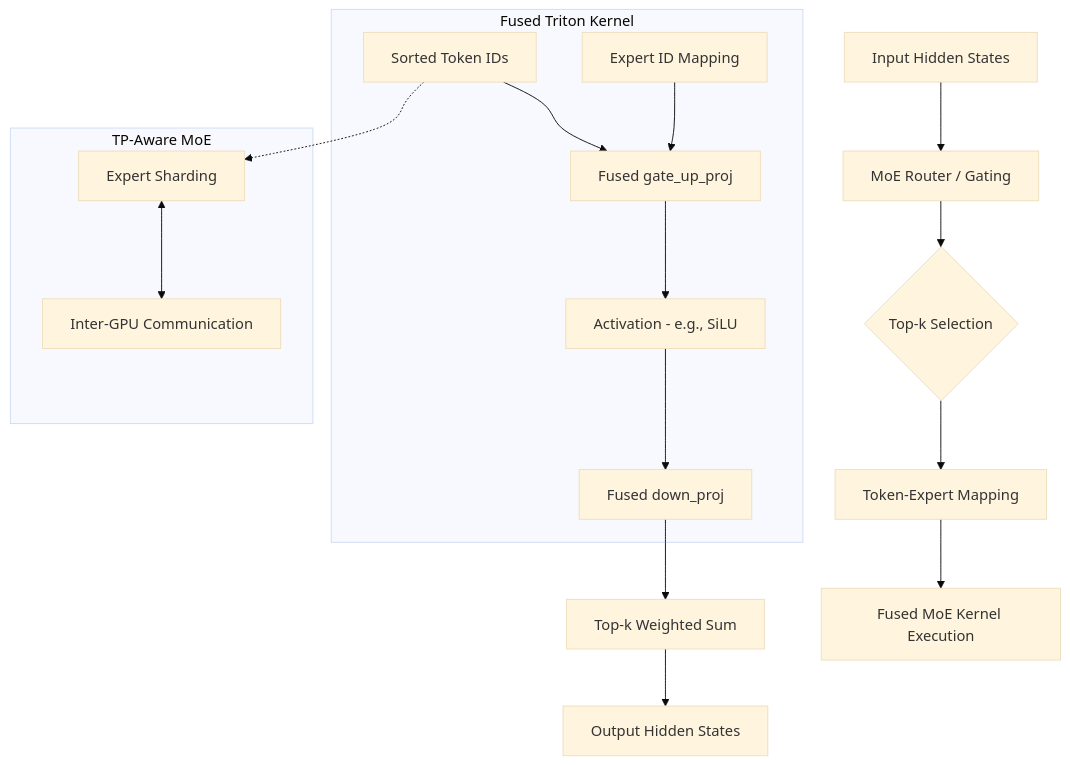
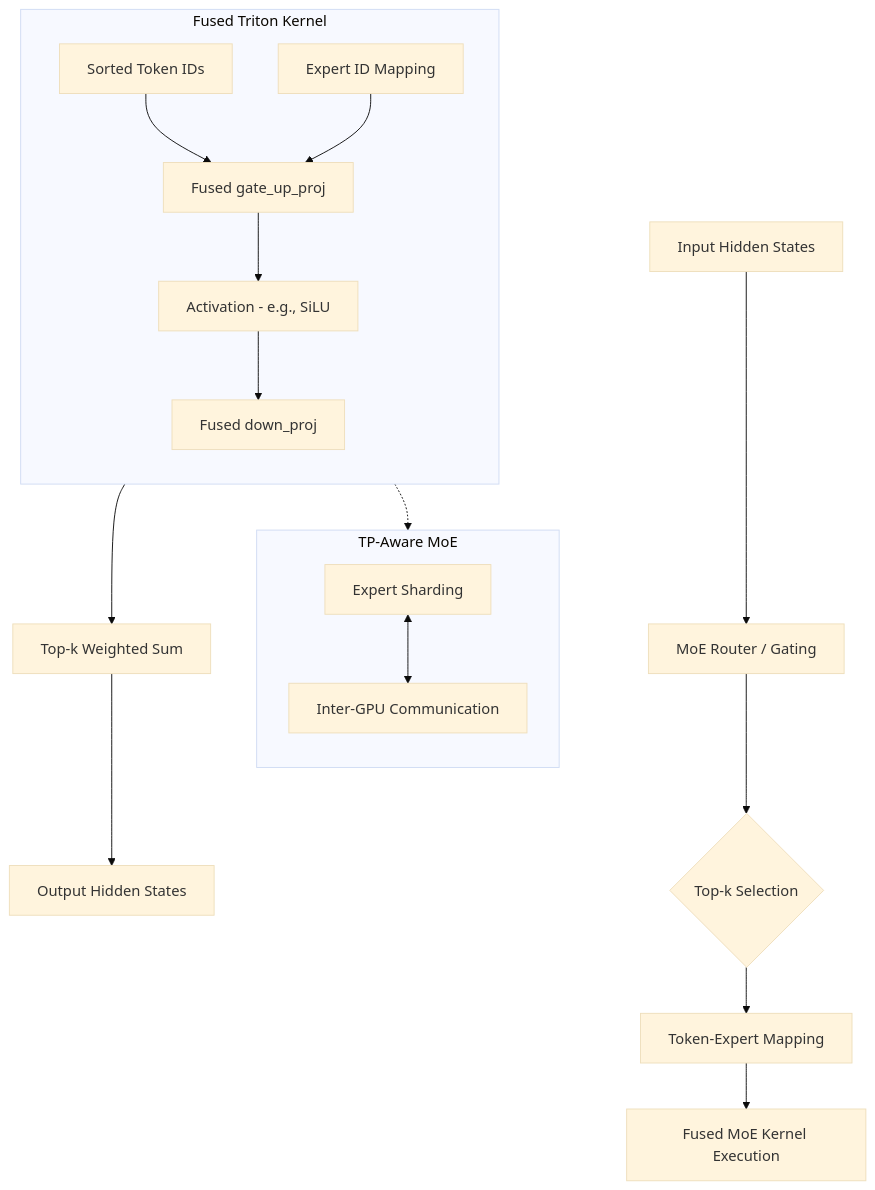
One commit to quanhua92/tutorials changed the diagram in vllm/courses/chapter_11_moe_internals.md. Above: the diagram before and after it, drawn with Mermaid (base theme). The commit also changed 10 other files, not shown here.

Commit message:
chore: improve vllm course mermaid styles

````diff
--- a/vllm/courses/chapter_11_moe_internals.md
+++ b/vllm/courses/chapter_11_moe_internals.md
@@ -5,27 +5,32 @@
 ```mermaid
-graph TD
-    A[Input Hidden States] --> B[MoE Router / Gating]
-    B --> C{Top-k Selection}
-    C --> D[Token-Expert Mapping]
-    D --> E[Fused MoE Kernel Execution]
-    subgraph "Fused Triton Kernel"
-        E1[Sorted Token IDs]
-        E2[Expert ID Mapping]
-        E3[Fused gate_up_proj]
-        E4[Activation - e.g., SiLU]
-        E5[Fused down_proj]
+flowchart TD
+    A["Input Hidden States"] --> B["MoE Router / Gating"]
+    B --> C{"Top-k Selection"}
+    C --> D["Token-Expert Mapping"]
+    D --> E["Fused MoE Kernel Execution"]
+
+    subgraph FTK ["Fused Triton Kernel"]
+        direction TB
+        E1["Sorted Token IDs"]
+        E2["Expert ID Mapping"]
+        E3["Fused gate_up_proj"]
+        E4["Activation - e.g., SiLU"]
+        E5["Fused down_proj"]
         E1 --> E3
         E2 --> E3
         E3 --> E4
         E4 --> E5
     end
-    E5 --> F[Top-k Weighted Sum]
-    F --> G[Output Hidden States]
+
+    E5 --> F["Top-k Weighted Sum"]
+    F --> G["Output Hidden States"]
     
-    subgraph "TP-Aware MoE"
-        H[Expert Sharding]
-        I[Inter-GPU Communication]
+    subgraph TP ["TP-Aware MoE"]
+        direction TB
+        H["Expert Sharding"]
+        I["Inter-GPU Communication"]
         H <--> I
     end
+
     E1 -.-> H
 ```
````
